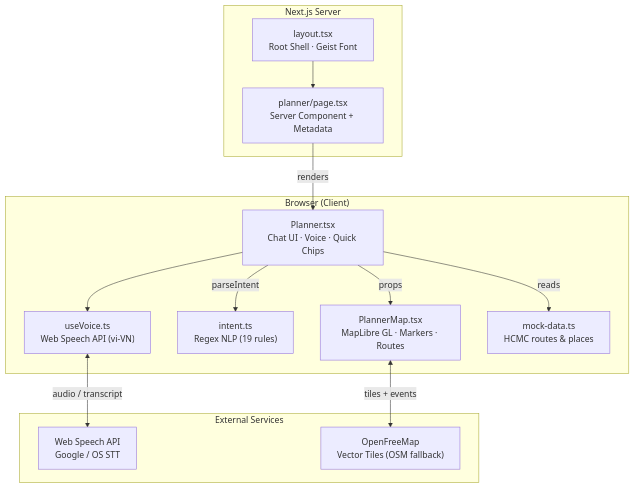
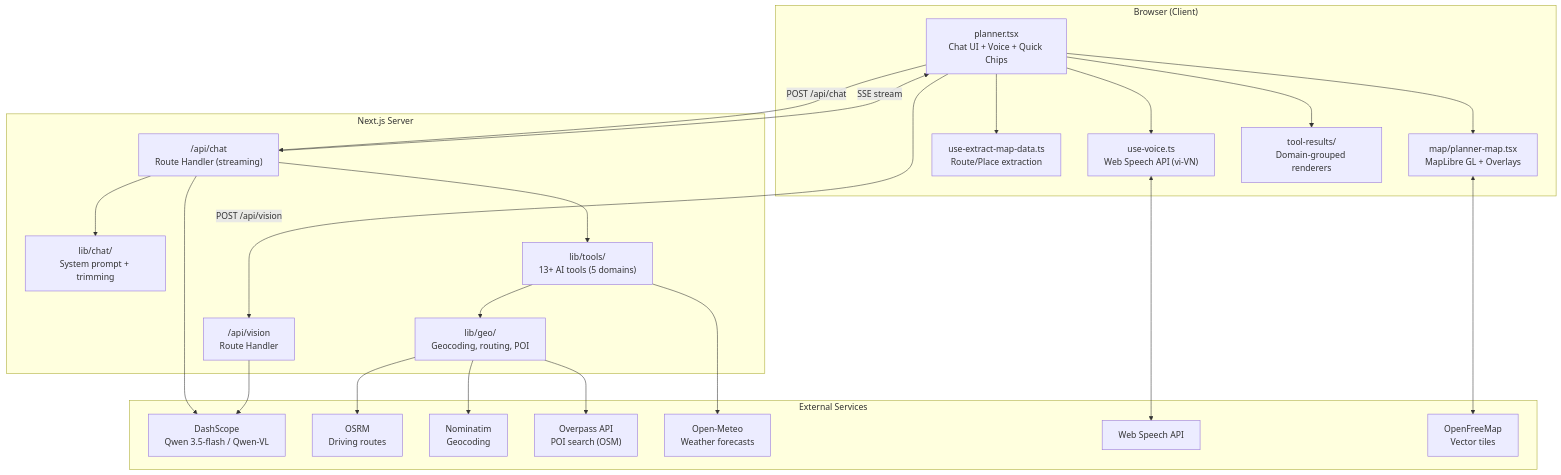
The first of 3 diagrams in docs/architecture.md (justanhnt/v-buddy), drawn with Mermaid before and after one commit. The commit also changed other lines of this file and 3 other files, not shown here.

Commit message:
feat: integrate Qwen AI chat with tool calling and vision analysis, and update project architecture documentation

````diff
--- a/docs/architecture.md
+++ b/docs/architecture.md
@@ -7,29 +7,47 @@
 ```mermaid
 graph TD
     subgraph Browser["Browser (Client)"]
-        Planner["Planner.tsx<br/>Chat UI · Voice · Quick Chips"]
-        Voice["useVoice.ts<br/>Web Speech API (vi-VN)"]
-        Intent["intent.ts<br/>Regex NLP (19 rules)"]
-        Map["PlannerMap.tsx<br/>MapLibre GL · Markers · Routes"]
-        Mock["mock-data.ts<br/>HCMC routes & places"]
+        Planner["planner.tsx<br/>Chat UI + Voice + Quick Chips"]
+        Voice["use-voice.ts<br/>Web Speech API (vi-VN)"]
+        MapData["use-extract-map-data.ts<br/>Route/Place extraction"]
+        Map["map/planner-map.tsx<br/>MapLibre GL + Overlays"]
+        ToolResults["tool-results/<br/>Domain-grouped renderers"]
     end
 
     subgraph Server["Next.js Server"]
-        Page["planner/page.tsx<br/>Server Component + Metadata"]
-        Layout["layout.tsx<br/>Root Shell · Geist Font"]
+        ChatRoute["/api/chat<br/>Route Handler (streaming)"]
+        VisionRoute["/api/vision<br/>Route Handler"]
+        SystemPrompt["lib/chat/<br/>System prompt + trimming"]
+        Tools["lib/tools/<br/>13+ AI tools (5 domains)"]
+        Geo["lib/geo/<br/>Geocoding, routing, POI"]
     end
 
     subgraph External["External Services"]
-        WSA["Web Speech API<br/>Google / OS STT"]
-        Tiles["OpenFreeMap<br/>Vector Tiles (OSM fallback)"]
+        DashScope["DashScope<br/>Qwen 3.5-flash / Qwen-VL"]
+        OSRM["OSRM<br/>Driving routes"]
+        Nominatim["Nominatim<br/>Geocoding"]
+        Overpass["Overpass API<br/>POI search (OSM)"]
+        OpenMeteo["Open-Meteo<br/>Weather forecasts"]
+        WSA["Web Speech API"]
+        Tiles["OpenFreeMap<br/>Vector tiles"]
     end
 
-    Layout --> Page
-    Page -->|renders| Planner
     Planner --> Voice
-    Planner -->|parseIntent| Intent
-    Planner -->|reads| Mock
-    Planner -->|props| Map
-    Voice <-->|audio / transcript| WSA
-    Map <-->|tiles + events| Tiles
+    Planner --> MapData
+    Planner --> Map
+    Planner --> ToolResults
+    Voice <--> WSA
+    Map <--> Tiles
+    Planner -->|POST /api/chat| ChatRoute
+    Planner -->|POST /api/vision| VisionRoute
+    ChatRoute --> SystemPrompt
+    ChatRoute --> Tools
+    Tools --> Geo
+    Geo --> OSRM
+    Geo --> Nominatim
+    Geo --> Overpass
+    Tools --> OpenMeteo
+    ChatRoute --> DashScope
+    VisionRoute --> DashScope
+    ChatRoute -->|SSE stream| Planner
 ```
````
